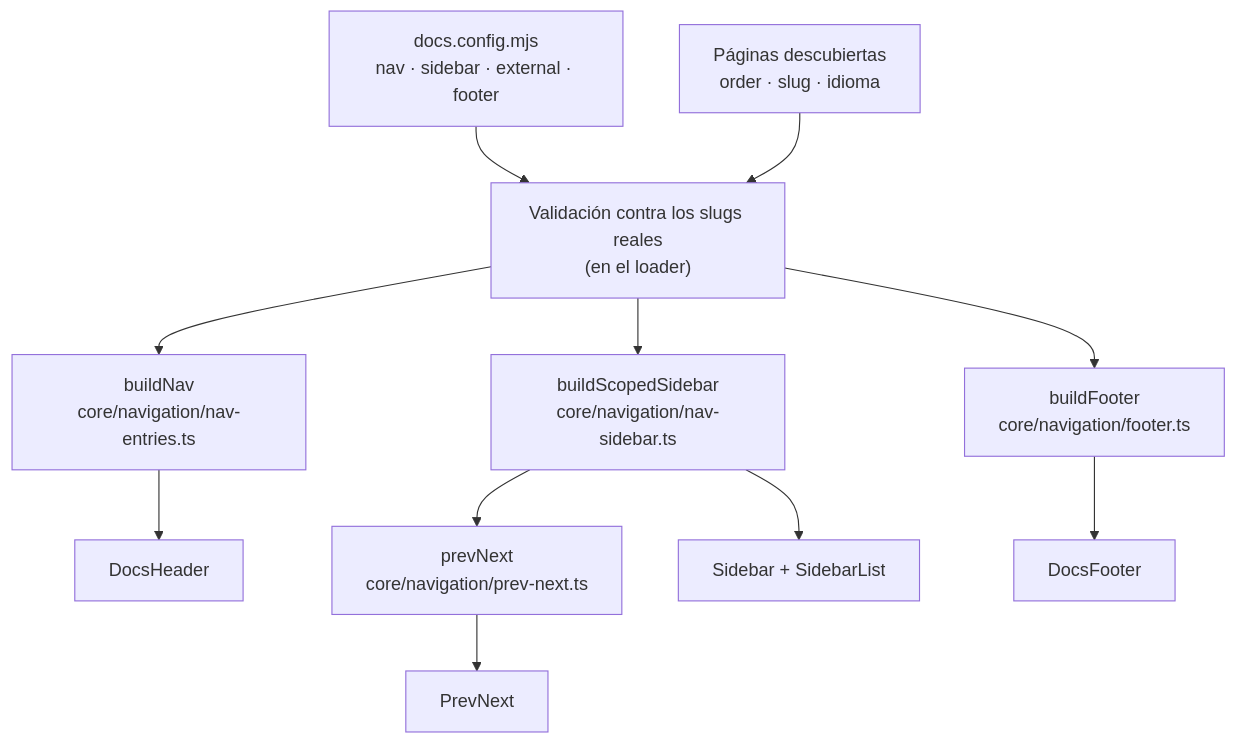
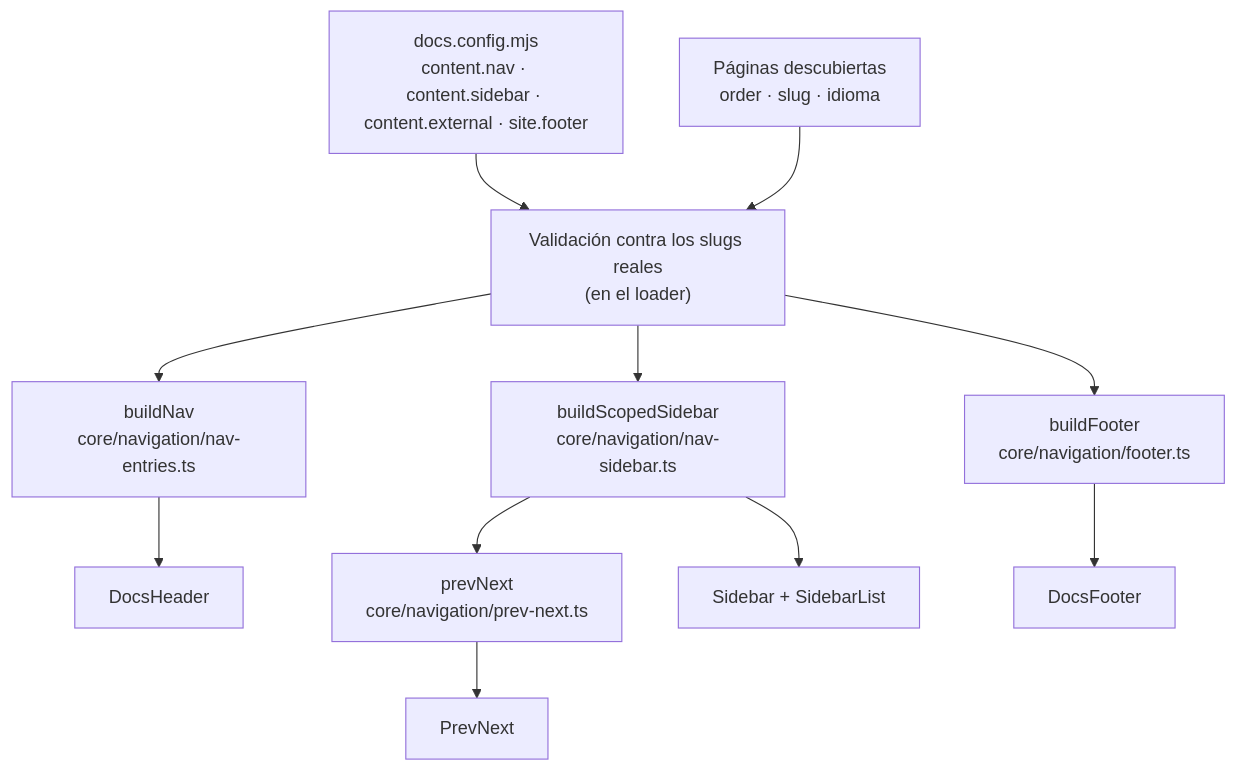
One commit to velezanthony/design changed the first of 2 diagrams in docs/src/content/docs/guia/navegacion-y-busqueda.md. Above: the diagram before and after it, drawn with Mermaid. The commit also changed other lines of this file and 16 other files, not shown here.

````diff
--- a/docs/src/content/docs/guia/navegacion-y-busqueda.md
+++ b/docs/src/content/docs/guia/navegacion-y-busqueda.md
@@ -11,13 +11,13 @@
 ```mermaid
 flowchart TD
-  cfg["docs.config.mjs<br/>nav · sidebar · external · footer"] --> val["Validación contra los slugs reales<br/>(en el loader)"]
+  cfg["docs.config.mjs<br/>content.nav · content.sidebar · content.external · site.footer"] --> val["Validación contra los slugs reales<br/>(en el loader)"]
   pages["Páginas descubiertas<br/>order · slug · idioma"] --> val
   val --> nav["buildNav<br/>core/navigation/nav-entries.ts"]
   val --> sb["buildScopedSidebar<br/>core/navigation/nav-sidebar.ts"]
   sb --> pn["prevNext<br/>core/navigation/prev-next.ts"]
   val --> ft["buildFooter<br/>core/navigation/footer.ts"]
   nav --> hdr["DocsHeader"]
   sb --> side["Sidebar + SidebarList"]
   pn --> prev["PrevNext"]
   ft --> foot["DocsFooter"]
 ```
````
